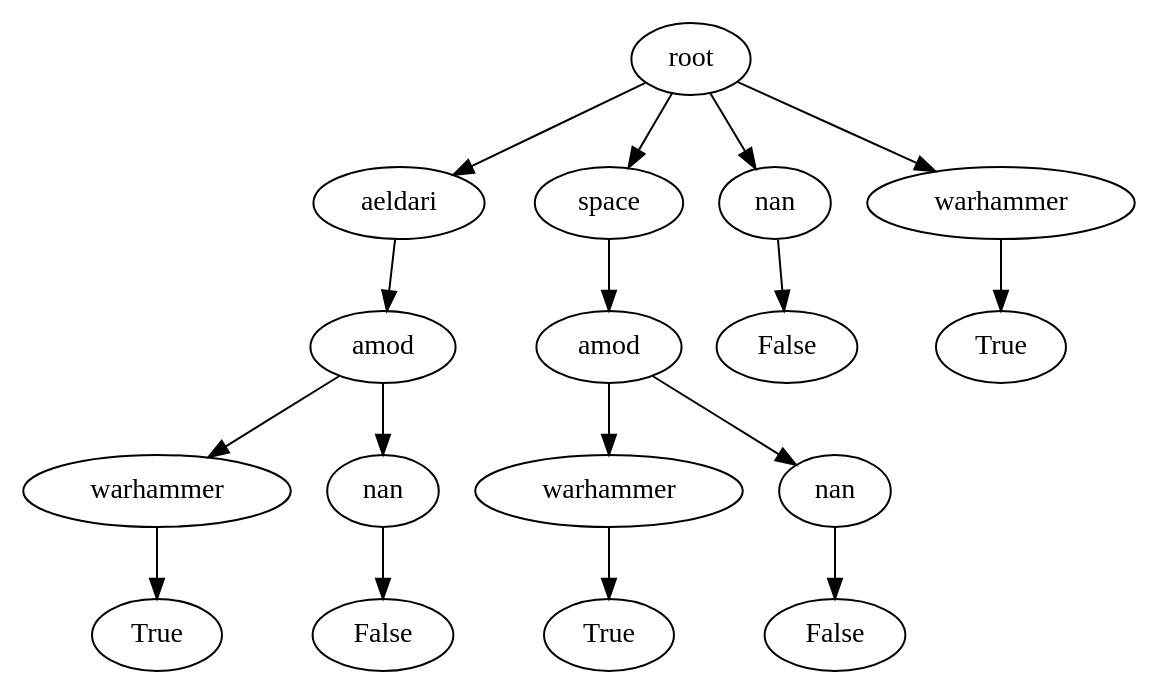
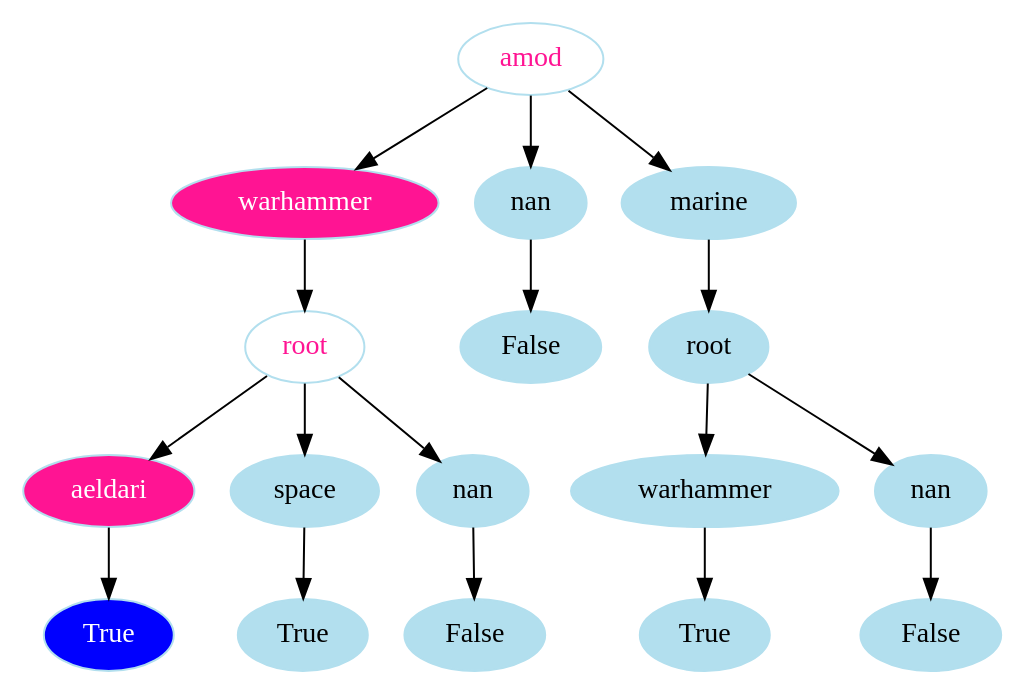
One commit to ranmadxs/aia-device changed the diagram in resources/images/WH40K.gv. Above: the diagram before and after it, drawn with Graphviz. The commit also changed 9 other files, not shown here.

```diff
--- a/resources/images/WH40K.gv
+++ b/resources/images/WH40K.gv
@@ -1,38 +1,39 @@
 // Decision Tree
 digraph {
-	root [label=root]
-	0.6386335546309275 [label=aeldari]
-	root -> 0.6386335546309275
-	0.2793561837840971 [label=amod]
-	0.6386335546309275 -> 0.2793561837840971
-	0.9296530806919447 [label=space]
-	root -> 0.9296530806919447
-	0.7320568454109125 [label=amod]
-	0.9296530806919447 -> 0.7320568454109125
-	0.9312473120651059 [label=nan]
-	root -> 0.9312473120651059
-	0.28937033508521426 [label=False]
-	0.9312473120651059 -> 0.28937033508521426
-	0.4024823035178863 [label=warhammer]
-	root -> 0.4024823035178863
-	0.23104122758031886 [label=True]
-	0.4024823035178863 -> 0.23104122758031886
-	0.2793561837840971 [label=amod]
-	0.3645615297102224 [label=warhammer]
-	0.2793561837840971 -> 0.3645615297102224
-	0.3687406354645083 [label=True]
-	0.3645615297102224 -> 0.3687406354645083
-	0.9284114383558759 [label=nan]
-	0.2793561837840971 -> 0.9284114383558759
-	0.6291590344924709 [label=False]
-	0.9284114383558759 -> 0.6291590344924709
-	0.7320568454109125 [label=amod]
-	0.298346158648356 [label=warhammer]
-	0.7320568454109125 -> 0.298346158648356
-	0.3832168320129786 [label=True]
-	0.298346158648356 -> 0.3832168320129786
-	0.20422136912246758 [label=nan]
-	0.7320568454109125 -> 0.20422136912246758
-	0.7392374703391996 [label=False]
-	0.20422136912246758 -> 0.7392374703391996
+	node [color=lightblue2 style=filled]
+	root [label=amod fillcolor=white fontcolor=deeppink style=filled]
+	0.9264415222623364 [label=warhammer fillcolor=deeppink fontcolor=white style=filled]
+	root -> 0.9264415222623364
+	0.2703517304544595 [label=root]
+	0.9264415222623364 -> 0.2703517304544595
+	0.4373869807674158 [label=nan]
+	root -> 0.4373869807674158
+	0.5560705442575232 [label=False]
+	0.4373869807674158 -> 0.5560705442575232
+	0.669491425204062 [label=marine]
+	root -> 0.669491425204062
+	0.5289827208830249 [label=root]
+	0.669491425204062 -> 0.5289827208830249
+	0.2703517304544595 [label=root fillcolor=white fontcolor=deeppink style=filled]
+	0.07895159100832205 [label=aeldari fillcolor=deeppink fontcolor=white style=filled]
+	0.2703517304544595 -> 0.07895159100832205
+	0.5490435029903316 [label=True fillcolor=blue fontcolor=white style=filled]
+	0.07895159100832205 -> 0.5490435029903316
+	0.3823364059316888 [label=space]
+	0.2703517304544595 -> 0.3823364059316888
+	0.8393334074880616 [label=True]
+	0.3823364059316888 -> 0.8393334074880616
+	0.6472017357095503 [label=nan]
+	0.2703517304544595 -> 0.6472017357095503
+	0.6556704851551881 [label=False]
+	0.6472017357095503 -> 0.6556704851551881
+	0.5289827208830249 [label=root]
+	0.3390407863586875 [label=warhammer]
+	0.5289827208830249 -> 0.3390407863586875
+	0.055051989734728246 [label=True]
+	0.3390407863586875 -> 0.055051989734728246
+	0.8648329824276281 [label=nan]
+	0.5289827208830249 -> 0.8648329824276281
+	0.5983248196074837 [label=False]
+	0.8648329824276281 -> 0.5983248196074837
 }
```
